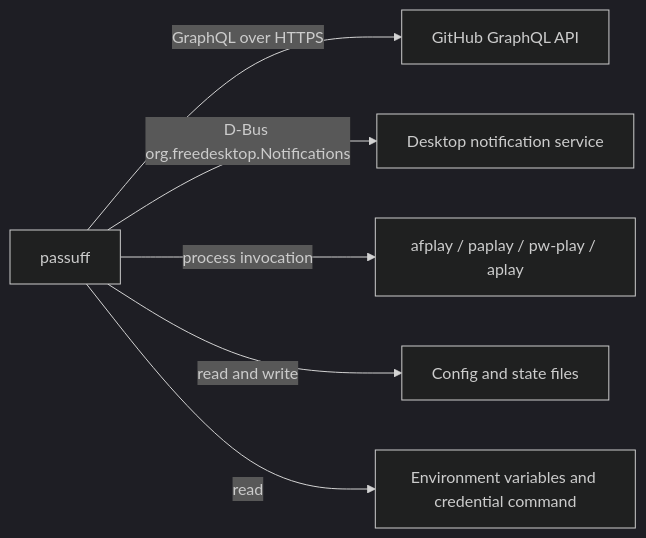
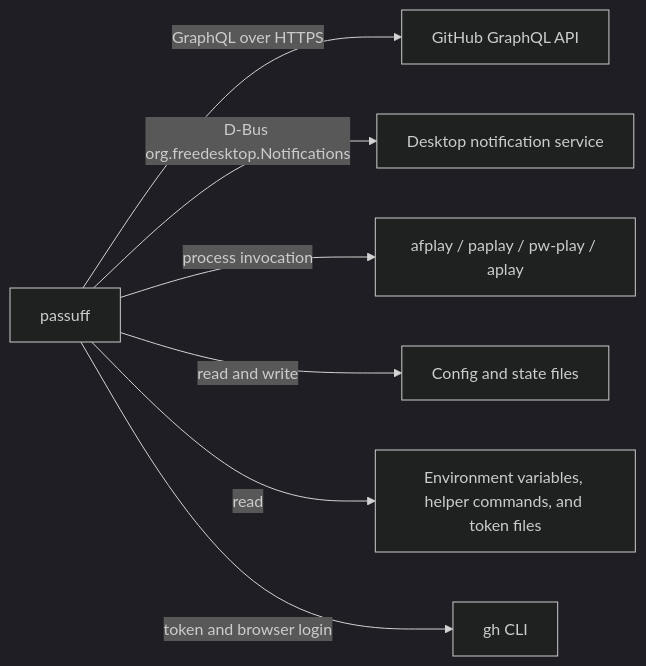
One commit to buster/passuff changed the second of 2 diagrams in docs/arc42/03-context-and-scope.md. Above: the diagram before and after it, drawn with Mermaid (dark theme). The commit also changed other lines of this file and 34 other files, not shown here.

````diff
--- a/docs/arc42/03-context-and-scope.md
+++ b/docs/arc42/03-context-and-scope.md
@@ -27,8 +27,9 @@
 ```mermaid
 flowchart LR
     passuff["passuff"] -->|GraphQL over HTTPS| github["GitHub GraphQL API"]
     passuff -->|D-Bus org.freedesktop.Notifications| desktop["Desktop notification service"]
     passuff -->|process invocation| player["afplay / paplay / pw-play / aplay"]
     passuff -->|read and write| files["Config and state files"]
-    passuff -->|read| credentials["Environment variables and credential command"]
+    passuff -->|read| credentials["Environment variables, helper commands, and token files"]
+    passuff -->|token and browser login| ghcli["gh CLI"]
 ```
````
